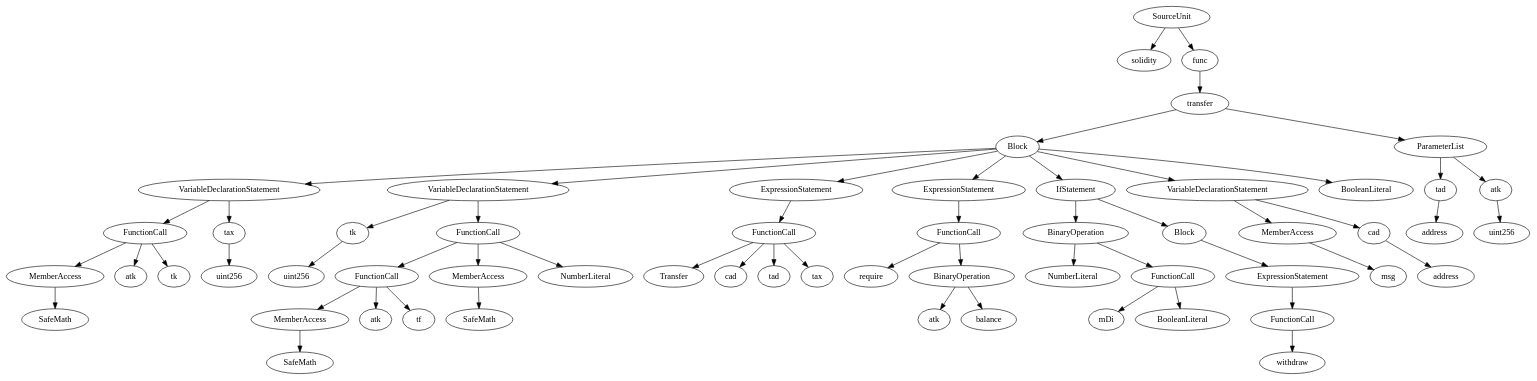
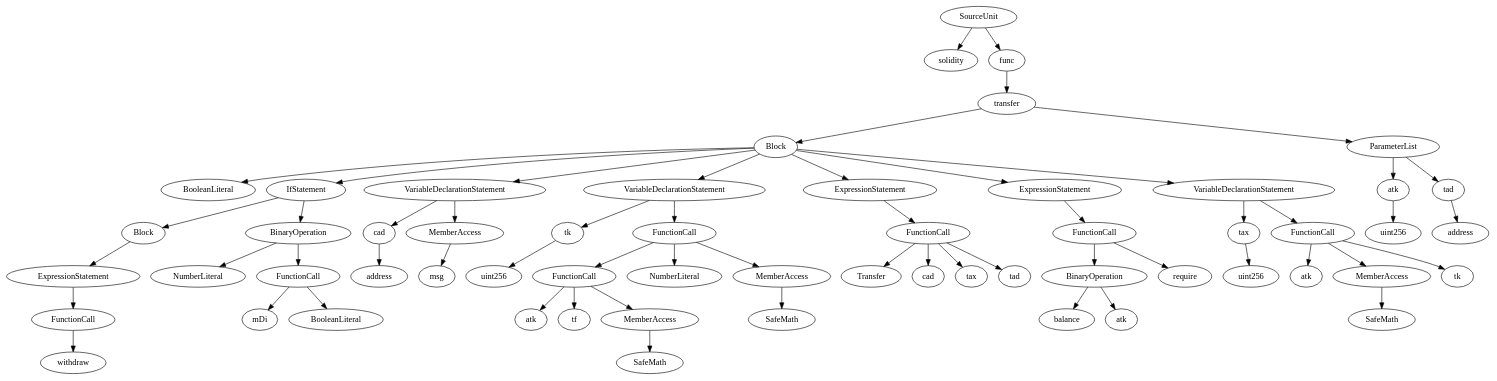
Before and after one commit to naolia1211/NT547-Blockchain-security: the diagram in output_graph.dot, drawn with Graphviz. The commit also changed other lines of this file and 13 other files, not shown here.

```diff
--- a/output_graph.dot
+++ b/output_graph.dot
@@ -1,117 +1,117 @@
 strict digraph {
-    "Identifier_SafeMath" [label="SafeMath"];
+    "BooleanLiteral_Unnamed_1" [label="BooleanLiteral"];
+    "ElementaryTypeName_address" [label="address"];
+    "IfStatement_Unnamed" [label="IfStatement"];
+    "VariableDeclaration_tk" [label="tk"];
+    "Identifier_mDi" [label="mDi"];
+    "VariableDeclaration_cad" [label="cad"];
+    "BinaryOperation_Unnamed" [label="BinaryOperation"];
+    "ExpressionStatement_Unnamed_1" [label="ExpressionStatement"];
+    "FunctionDefinition_transfer" [label="transfer"];
+    "Identifier_Transfer" [label="Transfer"];
+    "Identifier_cad" [label="cad"];
+    "FunctionCall_Unnamed_3" [label="FunctionCall"];
+    "VariableDeclaration_tax" [label="tax"];
+    "Parameter_atk" [label="atk"];
+    "Identifier_tax" [label="tax"];
+    "Identifier_msg" [label="msg"];
+    "Identifier_withdraw" [label="withdraw"];
+    "Identifier_atk_2" [label="atk"];
     "ElementaryTypeName_address_1" [label="address"];
-    "FunctionDefinition_transfer" [label="transfer"];
-    "VariableDeclarationStatement_Unnamed_2" [label="VariableDeclarationStatement"];
-    "Identifier_mDi" [label="mDi"];
-    "Identifier_SafeMath_1" [label="SafeMath"];
-    "MemberAccess_Unnamed_3" [label="MemberAccess"];
-    "FunctionCall_Unnamed_2" [label="FunctionCall"];
-    "Identifier_atk_2" [label="atk"];
-    "Identifier_Transfer" [label="Transfer"];
-    "VariableDeclarationStatement_Unnamed_1" [label="VariableDeclarationStatement"];
-    "Identifier_atk" [label="atk"];
-    "ElementaryTypeName_address" [label="address"];
-    "Identifier_cad" [label="cad"];
-    "Parameter_tad" [label="tad"];
-    "MemberAccess_Unnamed_2" [label="MemberAccess"];
-    "ExpressionStatement_Unnamed_2" [label="ExpressionStatement"];
-    "Identifier_msg" [label="msg"];
-    "Block_Unnamed" [label="Block"];
-    "ElementaryTypeName_uint256_1" [label="uint256"];
-    "Parameter_atk" [label="atk"];
-    "NumberLiteral_Unnamed" [label="NumberLiteral"];
-    "Identifier_atk_1" [label="atk"];
-    "FunctionCall_Unnamed_1" [label="FunctionCall"];
-    "Identifier_tk" [label="tk"];
+    "FunctionCall_Unnamed" [label="FunctionCall"];
+    "Identifier_tad" [label="tad"];
     "MemberAccess_Unnamed" [label="MemberAccess"];
     "SourceUnit_Unnamed" [label="SourceUnit"];
+    "PragmaDirective_solidity" [label="solidity"];
+    "Identifier_require" [label="require"];
+    "ElementaryTypeName_uint256" [label="uint256"];
+    "Identifier_atk_1" [label="atk"];
+    "FunctionCall_Unnamed_4" [label="FunctionCall"];
+    "Identifier_balance" [label="balance"];
+    "VariableDeclarationStatement_Unnamed" [label="VariableDeclarationStatement"];
+    "Identifier_SafeMath_1" [label="SafeMath"];
+    "FunctionCall_Unnamed_2" [label="FunctionCall"];
+    "Identifier_tf" [label="tf"];
+    "MemberAccess_Unnamed_3" [label="MemberAccess"];
+    "Identifier_tk" [label="tk"];
+    "NumberLiteral_Unnamed_1" [label="NumberLiteral"];
+    "Block_Unnamed" [label="Block"];
+    "MemberAccess_Unnamed_2" [label="MemberAccess"];
+    "Parameter_tad" [label="tad"];
+    "VariableDeclarationStatement_Unnamed_1" [label="VariableDeclarationStatement"];
+    "BooleanLiteral_Unnamed" [label="BooleanLiteral"];
+    "ExpressionStatement_Unnamed_2" [label="ExpressionStatement"];
     "ExpressionStatement_Unnamed" [label="ExpressionStatement"];
-    "ElementaryTypeName_uint256" [label="uint256"];
-    "Identifier_balance" [label="balance"];
-    "Identifier_tf" [label="tf"];
+    "MemberAccess_Unnamed_1" [label="MemberAccess"];
+    "NumberLiteral_Unnamed" [label="NumberLiteral"];
+    "Block_Unnamed_1" [label="Block"];
+    "ElementaryTypeName_uint256_1" [label="uint256"];
+    "FunctionCall_Unnamed_1" [label="FunctionCall"];
+    "FunctionCall_Unnamed_5" [label="FunctionCall"];
+    "Identifier_SafeMath_2" [label="SafeMath"];
+    "FunctionCall_Unnamed_6" [label="FunctionCall"];
+    "ContractDefinition_func" [label="func"];
     "ParameterList_Unnamed" [label="ParameterList"];
-    "BooleanLiteral_Unnamed" [label="BooleanLiteral"];
-    "Identifier_require" [label="require"];
-    "FunctionCall_Unnamed_5" [label="FunctionCall"];
-    "FunctionCall_Unnamed_4" [label="FunctionCall"];
-    "BinaryOperation_Unnamed" [label="BinaryOperation"];
-    "Identifier_SafeMath_2" [label="SafeMath"];
-    "PragmaDirective_solidity" [label="solidity"];
-    "FunctionCall_Unnamed_6" [label="FunctionCall"];
-    "IfStatement_Unnamed" [label="IfStatement"];
-    "Identifier_tad" [label="tad"];
-    "VariableDeclaration_tk" [label="tk"];
+    "VariableDeclarationStatement_Unnamed_2" [label="VariableDeclarationStatement"];
     "ElementaryTypeName_uint256_2" [label="uint256"];
-    "ExpressionStatement_Unnamed_1" [label="ExpressionStatement"];
-    "FunctionCall_Unnamed" [label="FunctionCall"];
-    "MemberAccess_Unnamed_1" [label="MemberAccess"];
-    "NumberLiteral_Unnamed_1" [label="NumberLiteral"];
-    "VariableDeclarationStatement_Unnamed" [label="VariableDeclarationStatement"];
-    "ContractDefinition_func" [label="func"];
-    "FunctionCall_Unnamed_3" [label="FunctionCall"];
-    "VariableDeclaration_cad" [label="cad"];
-    "Identifier_tax" [label="tax"];
-    "VariableDeclaration_tax" [label="tax"];
-    "Identifier_withdraw" [label="withdraw"];
-    "BooleanLiteral_Unnamed_1" [label="BooleanLiteral"];
     "BinaryOperation_Unnamed_1" [label="BinaryOperation"];
-    "Block_Unnamed_1" [label="Block"];
-    "Block_Unnamed" -> "VariableDeclarationStatement_Unnamed";
-    "FunctionDefinition_transfer" -> "Block_Unnamed";
-    "Block_Unnamed" -> "VariableDeclarationStatement_Unnamed_1";
-    "VariableDeclarationStatement_Unnamed_2" -> "FunctionCall_Unnamed_5";
+    "Identifier_SafeMath" [label="SafeMath"];
+    "Identifier_atk" [label="atk"];
     "MemberAccess_Unnamed_2" -> "Identifier_SafeMath_1";
-    "FunctionCall_Unnamed_1" -> "Identifier_mDi";
+    "Parameter_atk" -> "ElementaryTypeName_uint256";
+    "SourceUnit_Unnamed" -> "ContractDefinition_func";
+    "BinaryOperation_Unnamed" -> "Identifier_atk";
+    "SourceUnit_Unnamed" -> "PragmaDirective_solidity";
+    "Parameter_tad" -> "ElementaryTypeName_address";
+    "FunctionCall_Unnamed" -> "Identifier_require";
+    "FunctionCall_Unnamed" -> "BinaryOperation_Unnamed";
+    "ContractDefinition_func" -> "FunctionDefinition_transfer";
+    "ExpressionStatement_Unnamed_2" -> "FunctionCall_Unnamed_6";
+    "FunctionCall_Unnamed_6" -> "Identifier_tad";
+    "FunctionCall_Unnamed_3" -> "MemberAccess_Unnamed_1";
+    "ParameterList_Unnamed" -> "Parameter_atk";
+    "ExpressionStatement_Unnamed_1" -> "FunctionCall_Unnamed_2";
+    "VariableDeclaration_tax" -> "ElementaryTypeName_uint256_2";
+    "FunctionCall_Unnamed_3" -> "FunctionCall_Unnamed_4";
     "FunctionCall_Unnamed_6" -> "Identifier_Transfer";
     "ExpressionStatement_Unnamed" -> "FunctionCall_Unnamed";
     "BinaryOperation_Unnamed" -> "Identifier_balance";
-    "MemberAccess_Unnamed_3" -> "Identifier_SafeMath_2";
-    "ExpressionStatement_Unnamed_1" -> "FunctionCall_Unnamed_2";
-    "VariableDeclarationStatement_Unnamed_1" -> "FunctionCall_Unnamed_3";
-    "FunctionCall_Unnamed_5" -> "Identifier_tk";
-    "FunctionCall_Unnamed_4" -> "Identifier_atk_1";
-    "Block_Unnamed" -> "IfStatement_Unnamed";
-    "FunctionCall_Unnamed_2" -> "Identifier_withdraw";
-    "FunctionCall_Unnamed_4" -> "Identifier_tf";
-    "ParameterList_Unnamed" -> "Parameter_atk";
-    "FunctionCall_Unnamed" -> "BinaryOperation_Unnamed";
-    "FunctionCall_Unnamed_4" -> "MemberAccess_Unnamed_2";
+    "ParameterList_Unnamed" -> "Parameter_tad";
     "FunctionDefinition_transfer" -> "ParameterList_Unnamed";
-    "VariableDeclaration_tax" -> "ElementaryTypeName_uint256_2";
-    "Block_Unnamed" -> "BooleanLiteral_Unnamed_1";
-    "ParameterList_Unnamed" -> "Parameter_tad";
-    "FunctionCall_Unnamed_6" -> "Identifier_tad";
-    "IfStatement_Unnamed" -> "BinaryOperation_Unnamed_1";
-    "VariableDeclaration_cad" -> "ElementaryTypeName_address_1";
-    "VariableDeclarationStatement_Unnamed" -> "VariableDeclaration_cad";
-    "Block_Unnamed" -> "ExpressionStatement_Unnamed";
-    "Parameter_atk" -> "ElementaryTypeName_uint256";
-    "FunctionCall_Unnamed_6" -> "Identifier_cad";
-    "FunctionCall_Unnamed_3" -> "MemberAccess_Unnamed_1";
-    "ExpressionStatement_Unnamed_2" -> "FunctionCall_Unnamed_6";
-    "FunctionCall_Unnamed_3" -> "FunctionCall_Unnamed_4";
-    "BinaryOperation_Unnamed_1" -> "NumberLiteral_Unnamed";
-    "VariableDeclarationStatement_Unnamed_1" -> "VariableDeclaration_tk";
-    "MemberAccess_Unnamed_1" -> "Identifier_SafeMath";
+    "Block_Unnamed_1" -> "ExpressionStatement_Unnamed_1";
     "Block_Unnamed" -> "VariableDeclarationStatement_Unnamed_2";
     "FunctionCall_Unnamed_5" -> "Identifier_atk_2";
-    "ContractDefinition_func" -> "FunctionDefinition_transfer";
-    "SourceUnit_Unnamed" -> "PragmaDirective_solidity";
+    "VariableDeclarationStatement_Unnamed_1" -> "FunctionCall_Unnamed_3";
+    "BinaryOperation_Unnamed_1" -> "NumberLiteral_Unnamed";
+    "Block_Unnamed" -> "ExpressionStatement_Unnamed_2";
+    "IfStatement_Unnamed" -> "BinaryOperation_Unnamed_1";
+    "FunctionCall_Unnamed_4" -> "MemberAccess_Unnamed_2";
+    "VariableDeclaration_tk" -> "ElementaryTypeName_uint256_1";
+    "VariableDeclarationStatement_Unnamed_2" -> "FunctionCall_Unnamed_5";
+    "VariableDeclarationStatement_Unnamed" -> "VariableDeclaration_cad";
+    "Block_Unnamed" -> "BooleanLiteral_Unnamed_1";
+    "Block_Unnamed" -> "VariableDeclarationStatement_Unnamed_1";
+    "VariableDeclarationStatement_Unnamed" -> "MemberAccess_Unnamed";
+    "VariableDeclaration_cad" -> "ElementaryTypeName_address_1";
+    "IfStatement_Unnamed" -> "Block_Unnamed_1";
+    "FunctionCall_Unnamed_6" -> "Identifier_tax";
+    "FunctionCall_Unnamed_4" -> "Identifier_atk_1";
+    "BinaryOperation_Unnamed_1" -> "FunctionCall_Unnamed_1";
+    "FunctionCall_Unnamed_5" -> "Identifier_tk";
+    "VariableDeclarationStatement_Unnamed_1" -> "VariableDeclaration_tk";
+    "FunctionCall_Unnamed_1" -> "BooleanLiteral_Unnamed";
+    "FunctionCall_Unnamed_4" -> "Identifier_tf";
+    "MemberAccess_Unnamed_1" -> "Identifier_SafeMath";
+    "Block_Unnamed" -> "IfStatement_Unnamed";
+    "MemberAccess_Unnamed_3" -> "Identifier_SafeMath_2";
+    "FunctionCall_Unnamed_3" -> "NumberLiteral_Unnamed_1";
+    "FunctionCall_Unnamed_1" -> "Identifier_mDi";
+    "FunctionCall_Unnamed_2" -> "Identifier_withdraw";
+    "MemberAccess_Unnamed" -> "Identifier_msg";
+    "Block_Unnamed" -> "ExpressionStatement_Unnamed";
+    "Block_Unnamed" -> "VariableDeclarationStatement_Unnamed";
+    "FunctionCall_Unnamed_6" -> "Identifier_cad";
+    "VariableDeclarationStatement_Unnamed_2" -> "VariableDeclaration_tax";
     "FunctionCall_Unnamed_5" -> "MemberAccess_Unnamed_3";
-    "FunctionCall_Unnamed" -> "Identifier_require";
-    "VariableDeclaration_tk" -> "ElementaryTypeName_uint256_1";
-    "SourceUnit_Unnamed" -> "ContractDefinition_func";
-    "FunctionCall_Unnamed_1" -> "BooleanLiteral_Unnamed";
-    "FunctionCall_Unnamed_6" -> "Identifier_tax";
-    "BinaryOperation_Unnamed_1" -> "FunctionCall_Unnamed_1";
-    "Block_Unnamed_1" -> "ExpressionStatement_Unnamed_1";
-    "MemberAccess_Unnamed" -> "Identifier_msg";
-    "VariableDeclarationStatement_Unnamed" -> "MemberAccess_Unnamed";
-    "BinaryOperation_Unnamed" -> "Identifier_atk";
-    "Parameter_tad" -> "ElementaryTypeName_address";
-    "VariableDeclarationStatement_Unnamed_2" -> "VariableDeclaration_tax";
-    "IfStatement_Unnamed" -> "Block_Unnamed_1";
-    "FunctionCall_Unnamed_3" -> "NumberLiteral_Unnamed_1";
-    "Block_Unnamed" -> "ExpressionStatement_Unnamed_2";
+    "FunctionDefinition_transfer" -> "Block_Unnamed";
 }
```
